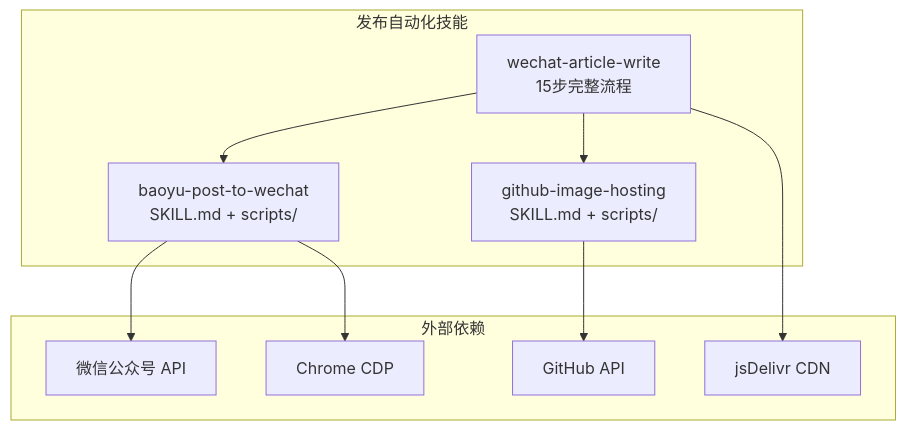
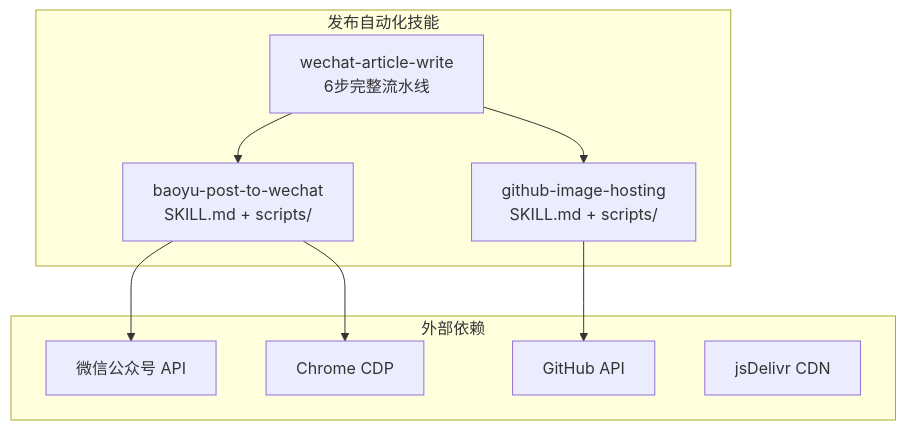
The first of 6 diagrams in .qoder/repowiki/zh/content/AI 技能系统/发布自动化技能/发布自动化技能.md (NTLx/ntlx.github.io), drawn with Mermaid before and after one commit. The commit also changed other lines of this file and 16 other files, not shown here.

````diff
--- a/.qoder/repowiki/zh/content/AI 技能系统/发布自动化技能/发布自动化技能.md
+++ b/.qoder/repowiki/zh/content/AI 技能系统/发布自动化技能/发布自动化技能.md
@@ -65,20 +67,19 @@
 ```mermaid
 graph TB
 subgraph "发布自动化技能"
-A["wechat-article-write<br/>15步完整流程"]
+A["wechat-article-write<br/>6步完整流水线"]
 B["baoyu-post-to-wechat<br/>SKILL.md + scripts/"]
 C["github-image-hosting<br/>SKILL.md + scripts/"]
 end
 subgraph "外部依赖"
 D["微信公众号 API"]
 E["GitHub API"]
 F["Chrome CDP"]
 G["jsDelivr CDN"]
 end
 A --> B
 A --> C
 B --> D
 B --> F
 C --> E
-A --> G
 ```
````
